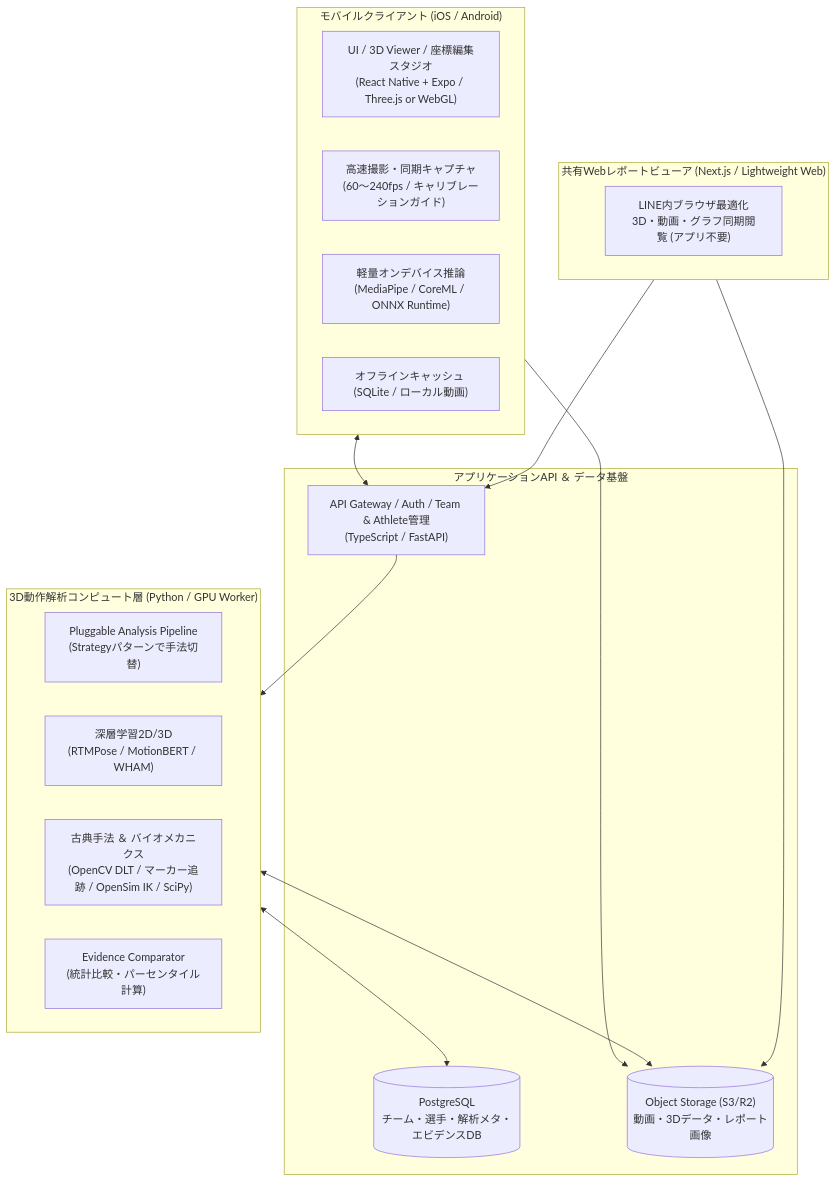
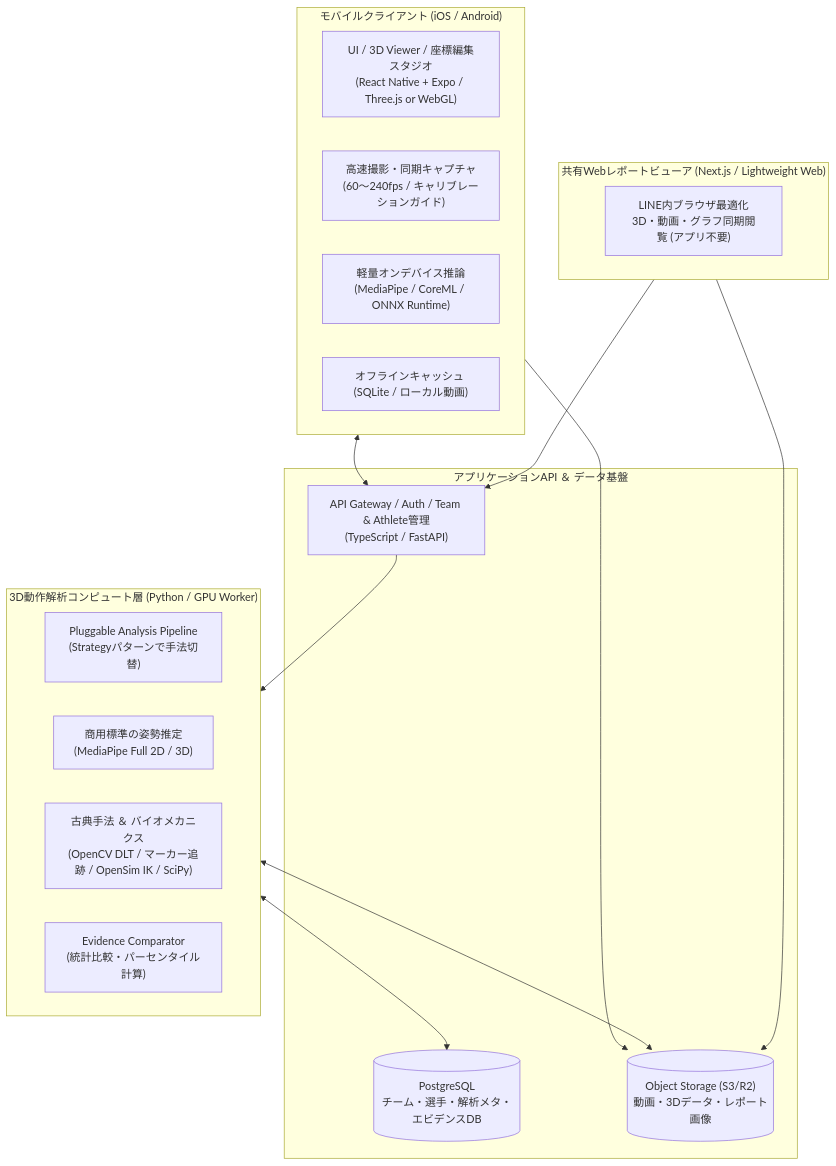
One commit to manabukosaka/sports-motion-app changed the third of 3 diagrams in docs/02-product-design.md. Above: the diagram before and after it, drawn with Mermaid. The commit also changed other lines of this file and 2 other files, not shown here.

Commit message:
docs(adr): add ADR-0002 3D motion engine selection, pluggable pipeline, and license governance (#38)

````diff
--- a/docs/02-product-design.md
+++ b/docs/02-product-design.md
@@ -118,34 +120,34 @@
 ```mermaid
 flowchart TB
     subgraph Client["モバイルクライアント (iOS / Android)"]
         UI["UI / 3D Viewer / 座標編集スタジオ\n(React Native + Expo / Three.js or WebGL)"]
         Capture["高速撮影・同期キャプチャ\n(60〜240fps / キャリブレーションガイド)"]
         OnDevice["軽量オンデバイス推論\n(MediaPipe / CoreML / ONNX Runtime)"]
         LocalDB["オフラインキャッシュ (SQLite / ローカル動画)"]
     end
 
     subgraph WebViewer["共有Webレポートビューア (Next.js / Lightweight Web)"]
         ShareUI["LINE内ブラウザ最適化\n3D・動画・グラフ同期閲覧 (アプリ不要)"]
     end
 
     subgraph Backend["アプリケーションAPI ＆ データ基盤"]
         API["API Gateway / Auth / Team & Athlete管理\n(TypeScript / FastAPI)"]
         DB[("PostgreSQL\nチーム・選手・解析メタ・エビデンスDB")]
         Storage[("Object Storage (S3/R2)\n動画・3Dデータ・レポート画像")]
     end
 
     subgraph Compute["3D動作解析コンピュート層 (Python / GPU Worker)"]
         Pipeline["Pluggable Analysis Pipeline\n(Strategyパターンで手法切替)"]
-        DL["深層学習2D/3D\n(RTMPose / MotionBERT / WHAM)"]
+        DL["商用標準の姿勢推定\n(MediaPipe Full 2D / 3D)"]
         Classic["古典手法 ＆ バイオメカニクス\n(OpenCV DLT / マーカー追跡 / OpenSim IK / SciPy)"]
         Bench["Evidence Comparator\n(統計比較・パーセンタイル計算)"]
     end
 
     Client <--> API
     Client --> Storage
     API --> Compute
     Compute <--> Storage
     Compute <--> DB
     WebViewer --> API
     WebViewer --> Storage
 ```
````
